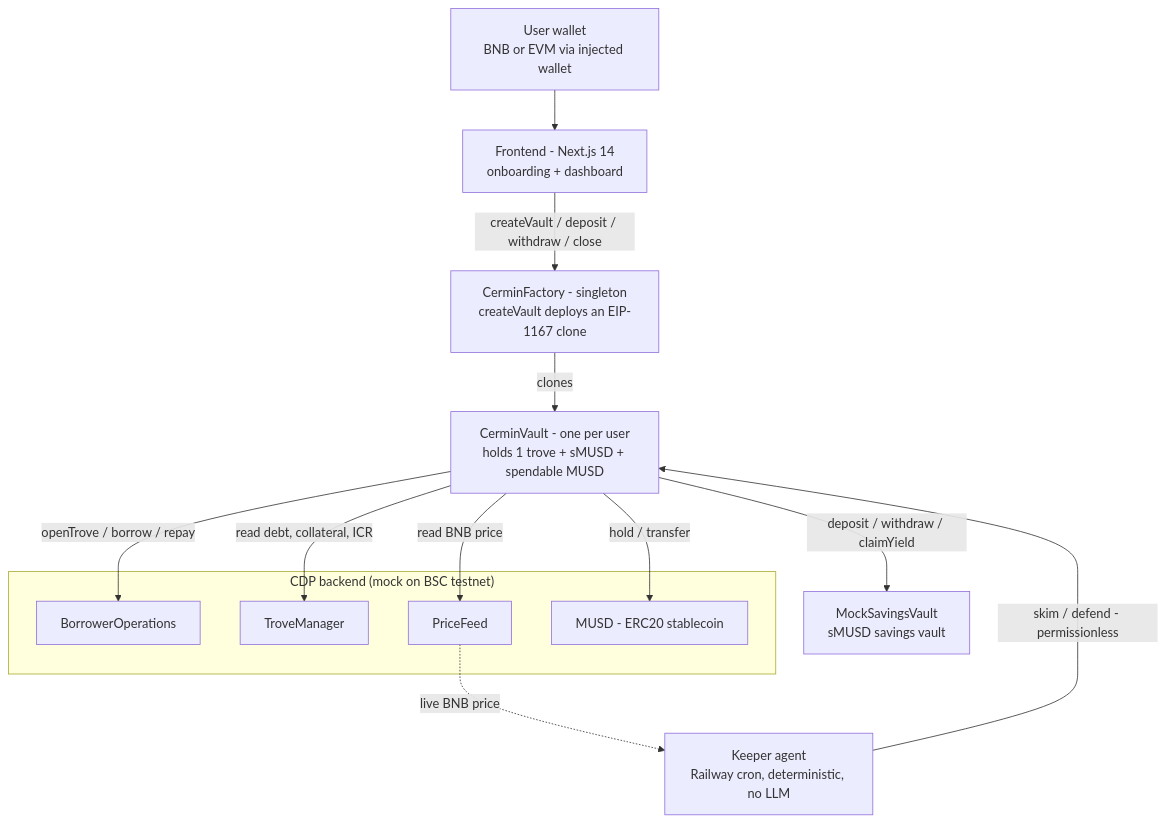
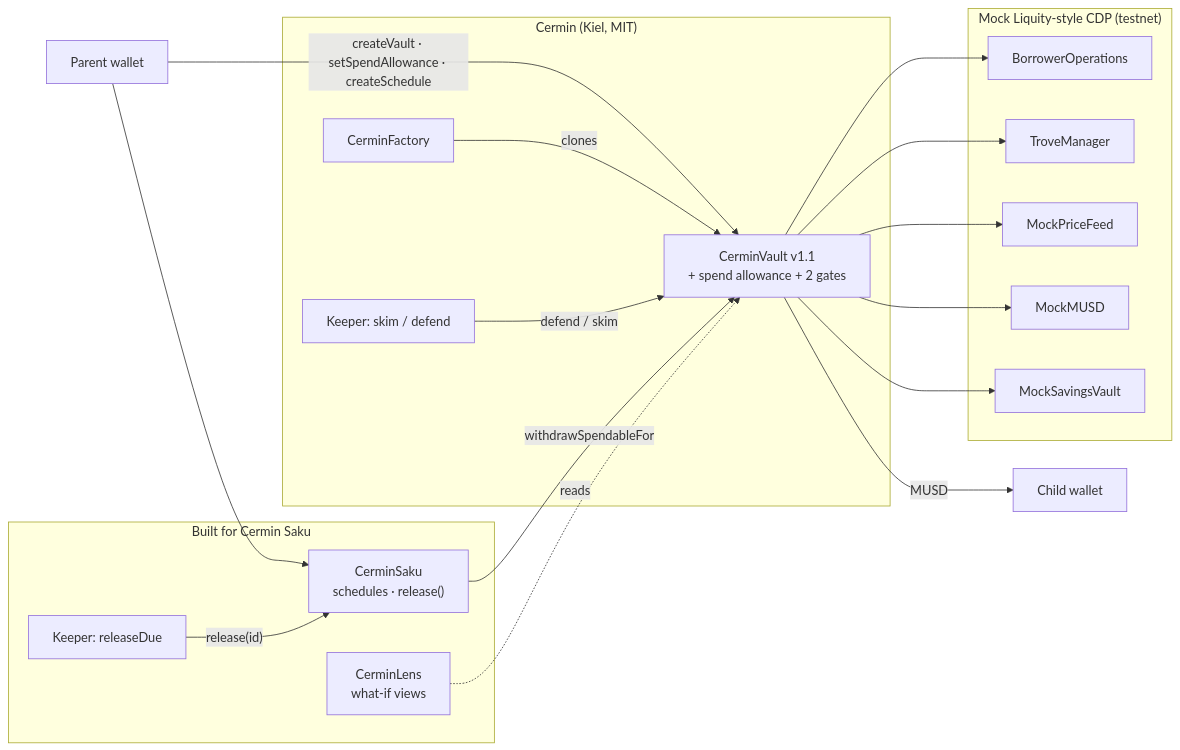
The second of 2 diagrams in README.md (Stylenecy/cermin-saku), drawn with Mermaid before and after one commit. The commit also changed other lines of this file and 5 other files, not shown here.

````diff
--- a/README.md
+++ b/README.md
@@ -151,29 +98,23 @@
 ```mermaid
-flowchart TD
-    User["User wallet<br/>BNB or EVM via injected wallet"]
-    FE["Frontend - Next.js 14<br/>onboarding + dashboard"]
-    Keeper["Keeper agent<br/>Railway cron, deterministic, no LLM"]
-
-    Factory["CerminFactory - singleton<br/>createVault deploys an EIP-1167 clone"]
-    Vault["CerminVault - one per user<br/>holds 1 trove + sMUSD + spendable MUSD"]
-
-    subgraph MEZO["CDP backend (mock on BSC testnet)"]
-        BO["BorrowerOperations"]
-        TM["TroveManager"]
-        PF["PriceFeed"]
-        MUSD["MUSD - ERC20 stablecoin"]
+flowchart LR
+    Parent["Parent wallet"] -->|"createVault · setSpendAllowance · createSchedule"| Vault
+    Parent --> Saku
+    subgraph New["Built for Cermin Saku"]
+        Saku["CerminSaku<br/>schedules · release()"]
+        Lens["CerminLens<br/>what-if views"]
+        KeeperS["Keeper: releaseDue"]
     end
-
-    Mock["MockSavingsVault<br/>sMUSD savings vault"]
-
-    User --> FE
-    FE -->|"createVault / deposit / withdraw / close"| Factory
-    Factory -->|clones| Vault
-    Keeper -->|"skim / defend - permissionless"| Vault
-    Vault -->|"openTrove / borrow / repay"| BO
-    Vault -->|"read debt, collateral, ICR"| TM
-    Vault -->|"read BNB price"| PF
-    Vault -->|"hold / transfer"| MUSD
-    Vault -->|"deposit / withdraw / claimYield"| Mock
-    PF -. "live BNB price" .-> Keeper
+    subgraph Kiel["Cermin (Kiel, MIT)"]
+        Factory["CerminFactory"] -->|clones| Vault["CerminVault v1.1<br/>+ spend allowance + 2 gates"]
+        KeeperK["Keeper: skim / defend"]
+    end
+    subgraph CDP["Mock Liquity-style CDP (testnet)"]
+        BO["BorrowerOperations"]; TM["TroveManager"]; PF["MockPriceFeed"]; M["MockMUSD"]; SV["MockSavingsVault"]
+    end
+    KeeperS -->|"release(id)"| Saku
+    KeeperK -->|"defend / skim"| Vault
+    Saku -->|"withdrawSpendableFor"| Vault
+    Vault -->|"MUSD"| Child["Child wallet"]
+    Vault --> BO & TM & PF & M & SV
+    Lens -.->|reads| Vault
 ```
````
